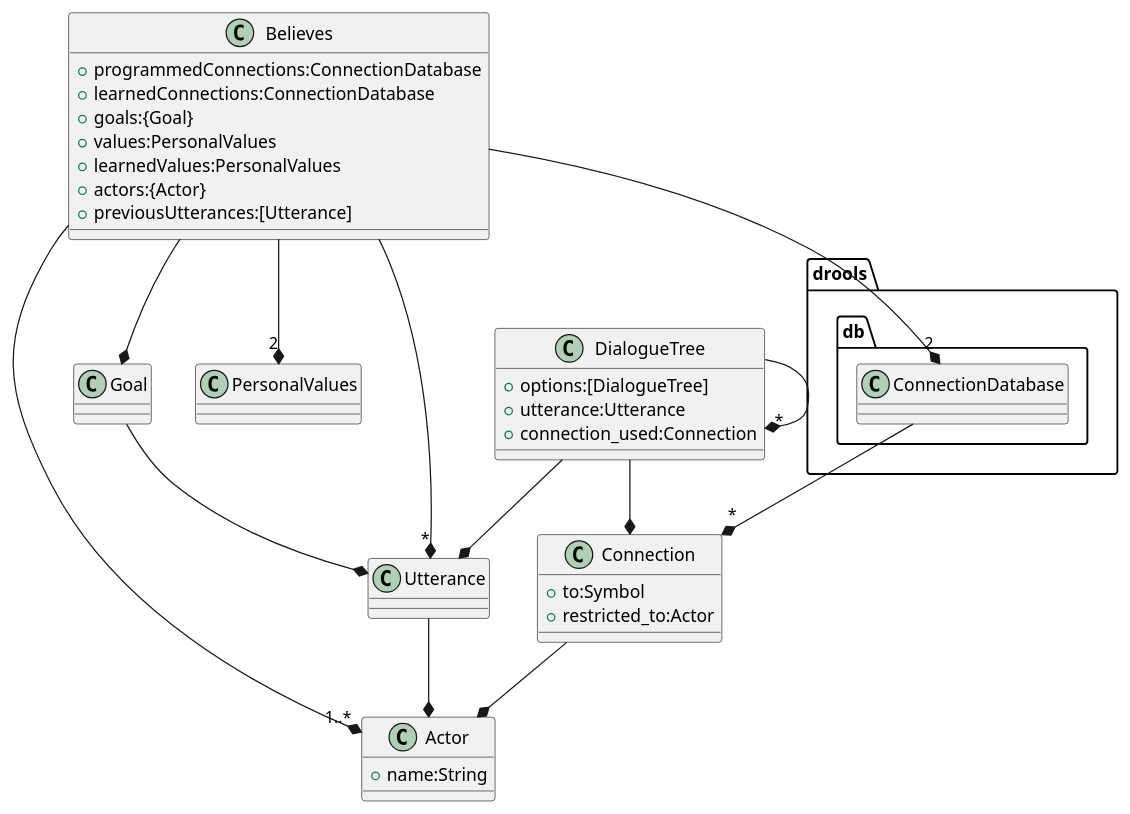
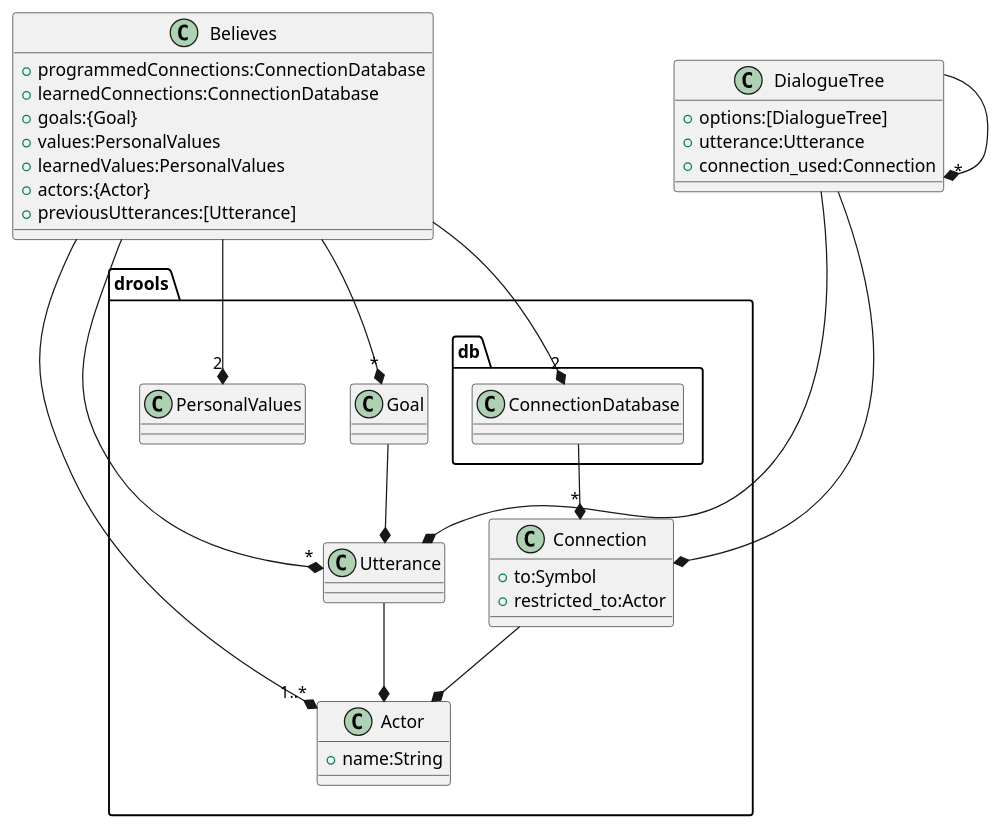
Diagram 11 of 16 in thesis/thesis.org (jappeace/methods-homework), drawn with PlantUML before and after one commit. The commit also changed other lines of this file and 1 other file, not shown here.

Commit message:
Discussed database architecture more toroughly

```diff
--- a/thesis/thesis.org
+++ b/thesis/thesis.org
@@ -2861,44 +2906,47 @@
 #+BEGIN_SRC plantuml :cache yes :file img/uml/jungclass.png :exports results
-  package drools.db{
-    class ConnectionDatabase
-  }
-  ConnectionDatabase --* "*" Connection
-  class Actor {
-    +name:String
-  }
   class Believes{
     +programmedConnections:ConnectionDatabase
     +learnedConnections:ConnectionDatabase
     +goals:{Goal}
     +values:PersonalValues
     +learnedValues:PersonalValues
     +actors:{Actor}
     +previousUtterances:[Utterance]
   }
-  Believes -* "2" ConnectionDatabase
-  Believes --* Goal
-  Believes --* "2" PersonalValues
-  Believes --* "1..*" Actor
-  Believes --* "*" Utterance
-  class Connection {
-    +to:Symbol
-    +restricted_to:Actor
-  }
-  Connection --* Actor
   class DialogueTree{
     +options:[DialogueTree]
     +utterance:Utterance
     +connection_used:Connection
   }
-  DialogueTree --* "*" DialogueTree
-  DialogueTree --* Utterance
-  DialogueTree --* Connection
-  class Goal{
+  package drools{
+    package drools.db{
+      class ConnectionDatabase
+    }
+    ConnectionDatabase --* "*" Connection
+    class Actor {
+      +name:String
+    }
+    Believes -* "2" ConnectionDatabase
+    Believes --* "*" Goal
+    Believes --* "2" PersonalValues
+    Believes --* "1..*" Actor
+    Believes --* "*" Utterance
+    class Connection {
+      +to:Symbol
+      +restricted_to:Actor
+    }
+    Connection --* Actor
+    DialogueTree --* "*" DialogueTree
+    DialogueTree --* Utterance
+    DialogueTree --* Connection
+    class Goal{
+    }
+    Goal --* Utterance
+    class PersonalValues{
+    }
+    class Utterance{
+    }
+    Utterance --* Actor
   }
-  Goal --* Utterance
-  class PersonalValues{
-  }
-  class Utterance{
-  }
-  Utterance --* Actor
+  DialogueTree -[hidden]-> drools
 #+END_SRC
```
